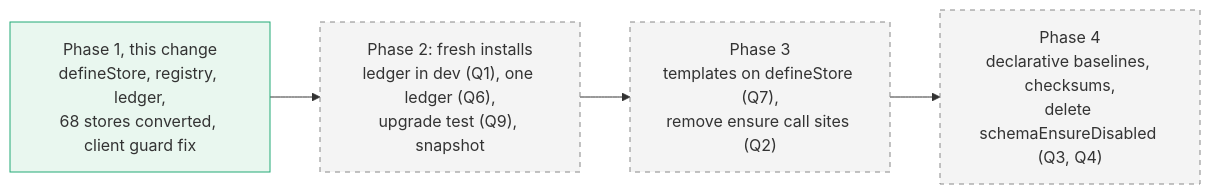
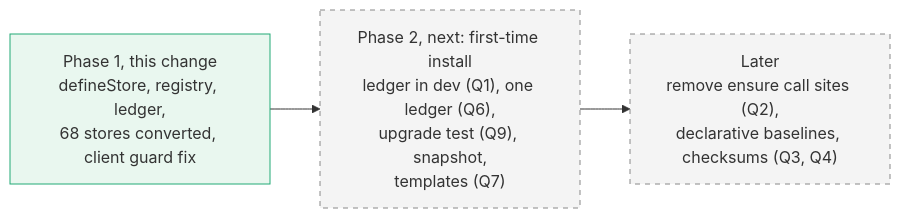
Diagram 18 of 21 in docs/plans/2026-09-28-store-registry-schema-ownership.md (BuilderIO/agent-native), drawn with Mermaid before and after one commit. The commit also changed other lines of this file and 1 other file, not shown here.

First line of the commit message:
Make first-time install the next phase of the store registry plan

````diff
--- a/docs/plans/2026-09-28-store-registry-schema-ownership.md
+++ b/docs/plans/2026-09-28-store-registry-schema-ownership.md
@@ -727,12 +798,11 @@
 ```mermaid
 flowchart LR
   P1["Phase 1, this change<br/>defineStore, registry, ledger,<br/>68 stores converted, client guard fix"]
-  P2["Phase 2: fresh installs<br/>ledger in dev (Q1), one ledger (Q6),<br/>upgrade test (Q9), snapshot"]
-  P3["Phase 3<br/>templates on defineStore (Q7),<br/>remove ensure call sites (Q2)"]
-  P4["Phase 4<br/>declarative baselines, checksums,<br/>delete schemaEnsureDisabled (Q3, Q4)"]
-  P1 --> P2 --> P3 --> P4
+  P2["Phase 2, next: first-time install<br/>ledger in dev (Q1), one ledger (Q6),<br/>upgrade test (Q9), snapshot,<br/>templates (Q7)"]
+  P3["Later<br/>remove ensure call sites (Q2),<br/>declarative baselines, checksums (Q3, Q4)"]
+  P1 --> P2 --> P3
   classDef done fill:#e9f7ef,stroke:#2a7
   classDef next fill:#f4f4f4,stroke:#888,stroke-dasharray: 5 5
   class P1 done
-  class P2,P3,P4 next
+  class P2,P3 next
 ```
````
